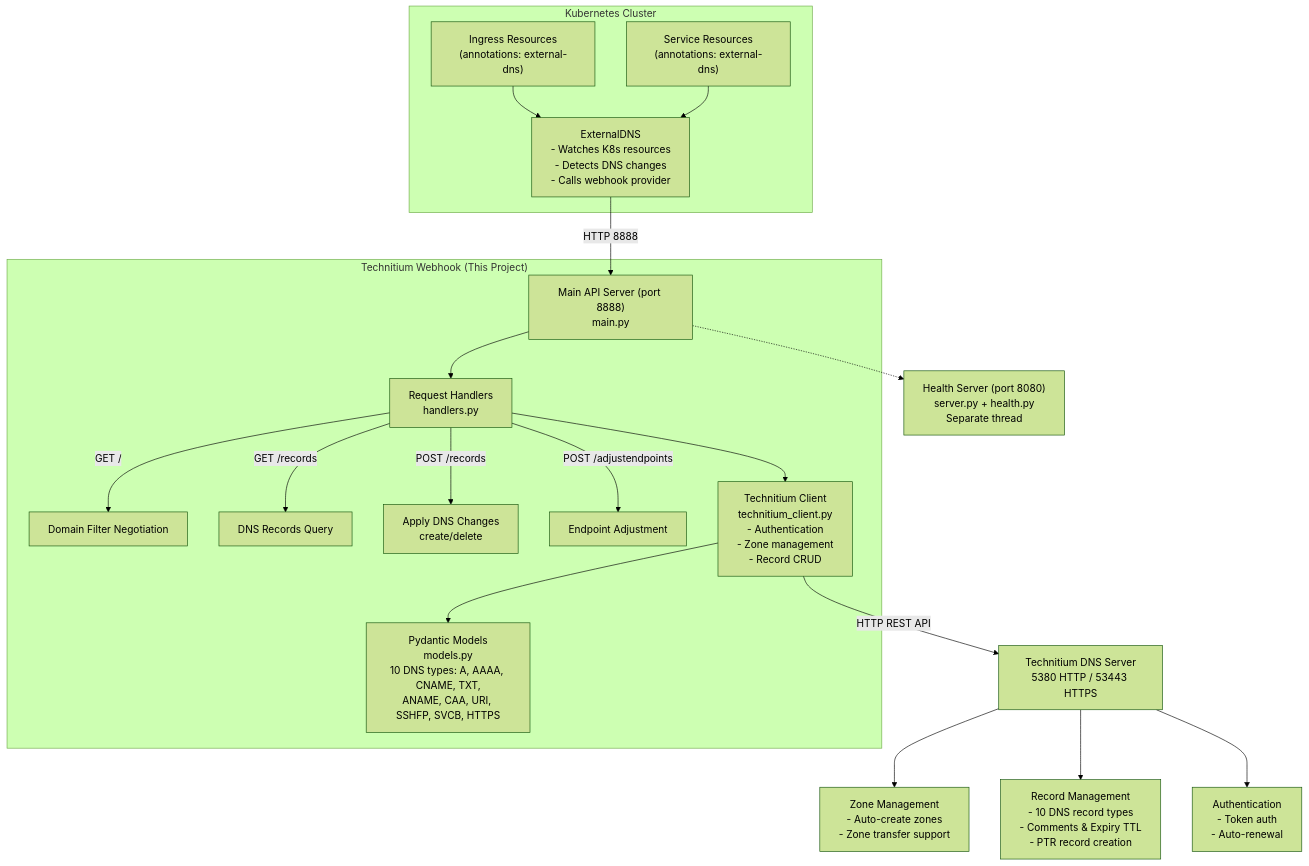
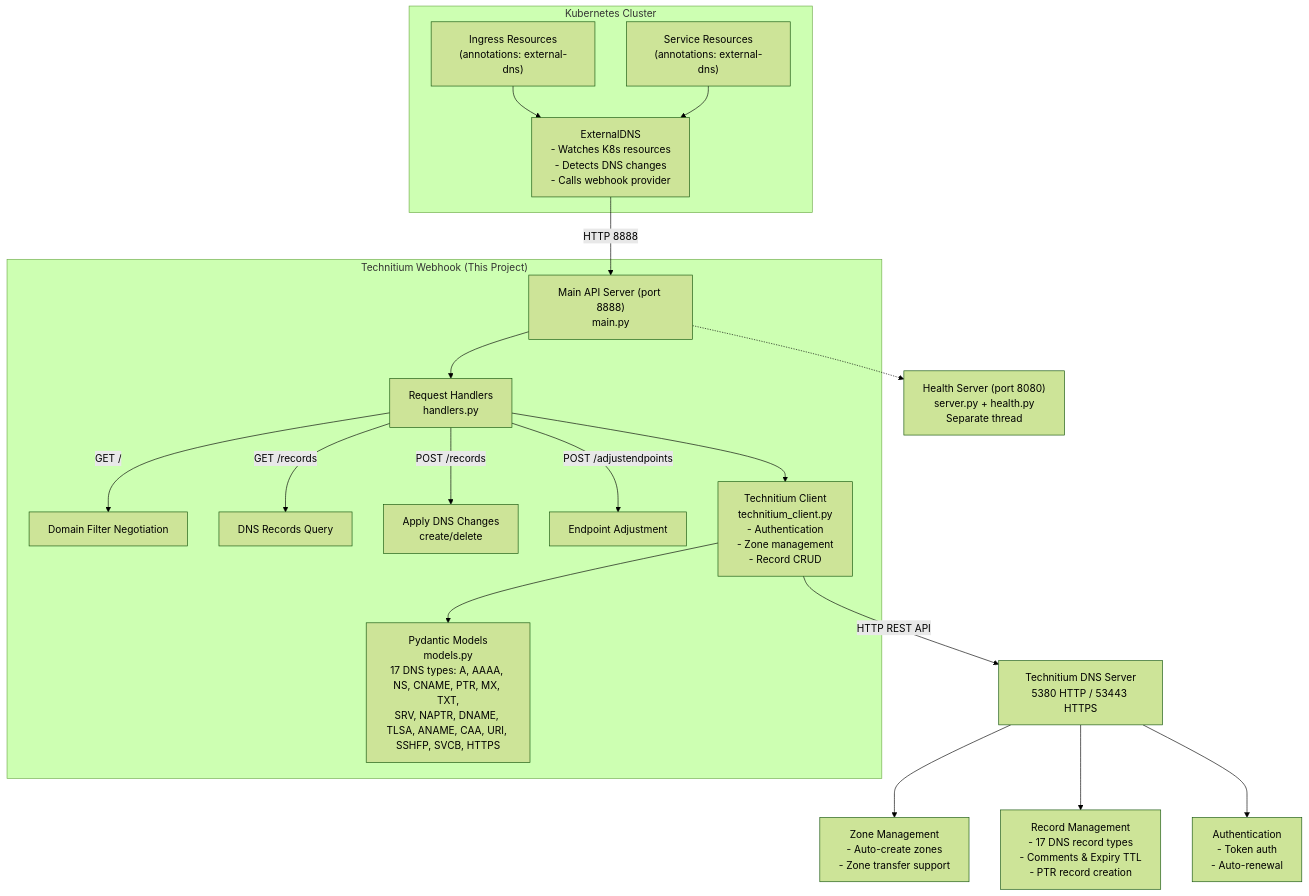
The first of 10 diagrams in docs/architecture/ARCHITECTURE.md (djr747/external-dns-technitium-webhook), drawn with Mermaid (forest theme) before and after one commit. The commit also changed 21 other files, not shown here.

````diff
--- a/docs/architecture/ARCHITECTURE.md
+++ b/docs/architecture/ARCHITECTURE.md
@@ -7,33 +7,33 @@
 ```mermaid
 graph TB
     subgraph K8s["Kubernetes Cluster"]
         Ingress["Ingress Resources<br/>(annotations: external-dns)"]
         Service["Service Resources<br/>(annotations: external-dns)"]
         ExternalDNS["ExternalDNS<br/>- Watches K8s resources<br/>- Detects DNS changes<br/>- Calls webhook provider"]
         
         Ingress --> ExternalDNS
         Service --> ExternalDNS
     end
     
     ExternalDNS -->|HTTP 8888| API["Main API Server (port 8888)<br/>main.py"]
     
     subgraph Webhook["Technitium Webhook (This Project)"]
         API --> Handlers["Request Handlers<br/>handlers.py"]
         Handlers -->|GET /| DomainFilter["Domain Filter Negotiation"]
         Handlers -->|GET /records| GetRecords["DNS Records Query"]
         Handlers -->|POST /records| ApplyRecords["Apply DNS Changes<br/>create/delete"]
         Handlers -->|POST /adjustendpoints| AdjustEP["Endpoint Adjustment"]
         
         Handlers --> Client["Technitium Client<br/>technitium_client.py<br/>- Authentication<br/>- Zone management<br/>- Record CRUD"]
-        Client --> Models["Pydantic Models<br/>models.py<br/>10 DNS types: A, AAAA, CNAME, TXT,<br/>ANAME, CAA, URI, SSHFP, SVCB, HTTPS"]
+        Client --> Models["Pydantic Models<br/>models.py<br/>17 DNS types: A, AAAA, NS, CNAME, PTR, MX, TXT,<br/>SRV, NAPTR, DNAME, TLSA, ANAME, CAA, URI, SSHFP, SVCB, HTTPS"]
     end
     
     Health["Health Server (port 8080)<br/>server.py + health.py<br/>Separate thread"]
     API -.-> Health
     
     Client -->|HTTP REST API| DNS["Technitium DNS Server<br/>5380 HTTP / 53443 HTTPS"]
     
     DNS --> ZoneMgmt["Zone Management<br/>- Auto-create zones<br/>- Zone transfer support"]
-    DNS --> RecordMgmt["Record Management<br/>- 10 DNS record types<br/>- Comments & Expiry TTL<br/>- PTR record creation"]
+    DNS --> RecordMgmt["Record Management<br/>- 17 DNS record types<br/>- Comments & Expiry TTL<br/>- PTR record creation"]
     DNS --> Auth["Authentication<br/>- Token auth<br/>- Auto-renewal"]
 ```
````
